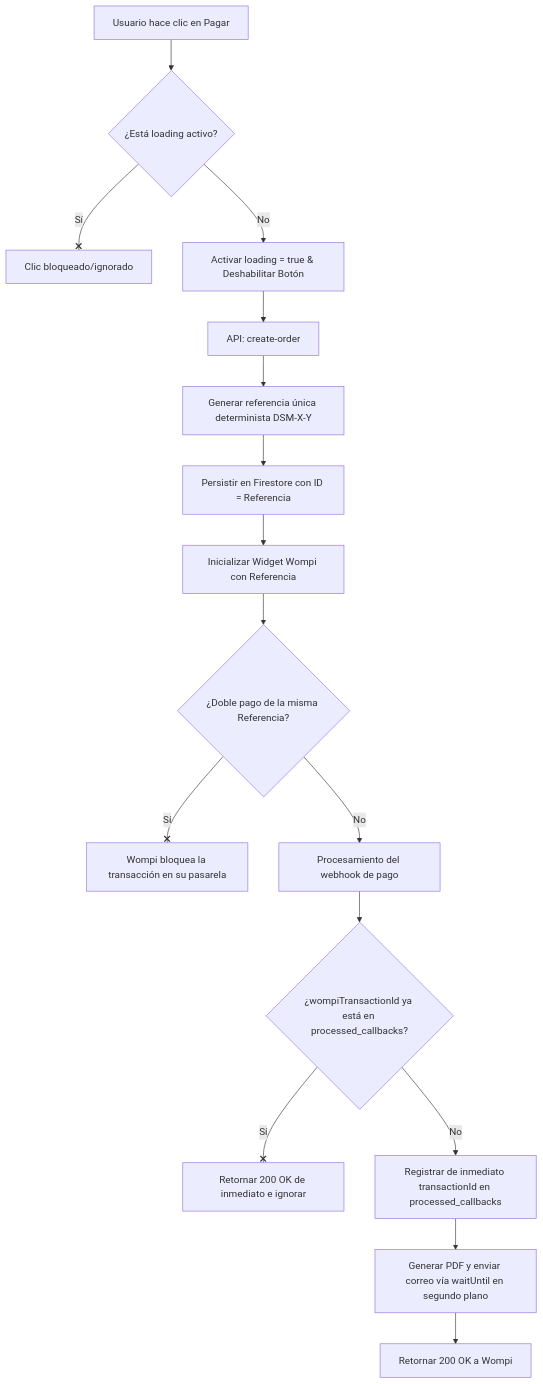
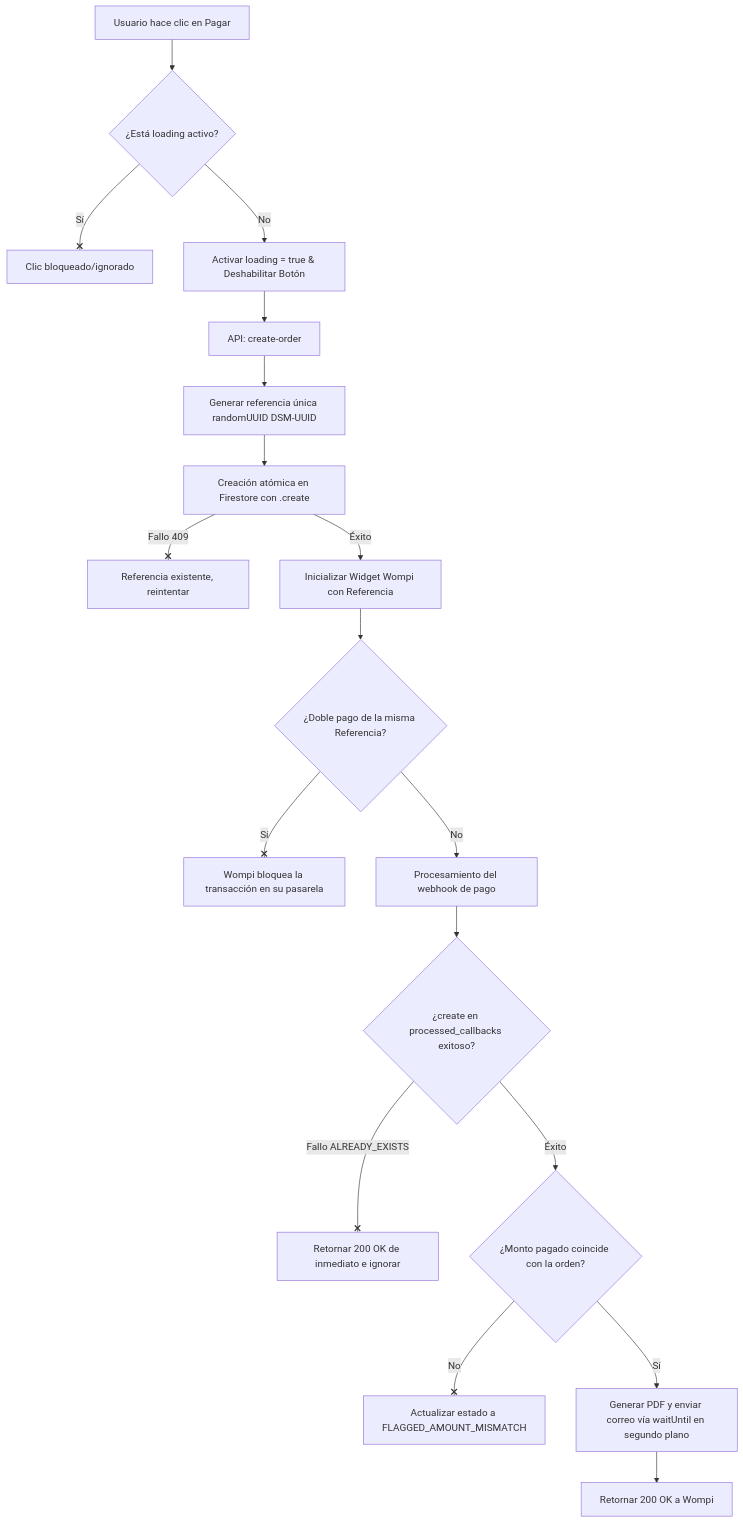
One commit to sthanfv/Desmulta changed the diagram in docs/IDEMPOTENCIA_SEGURIDAD.md. Above: the diagram before and after it, drawn with Mermaid. The commit also changed other lines of this file, not shown here.

Commit message:
documentacion: actualizar IDEMPOTENCIA_SEGURIDAD con paridad de randomUUID y create

````diff
--- a/docs/IDEMPOTENCIA_SEGURIDAD.md
+++ b/docs/IDEMPOTENCIA_SEGURIDAD.md
@@ -94,18 +117,20 @@
 ```mermaid
 graph TD
     A[Usuario hace clic en Pagar] --> B{¿Está loading activo?}
     B -- Sí --x C[Clic bloqueado/ignorado]
     B -- No --> D[Activar loading = true & Deshabilitar Botón]
     D --> E[API: create-order]
-    E --> F[Generar referencia única determinista DSM-X-Y]
-    F --> G[Persistir en Firestore con ID = Referencia]
-    G --> H[Inicializar Widget Wompi con Referencia]
-    H --> I{¿Doble pago de la misma Referencia?}
-    I -- Sí --x J[Wompi bloquea la transacción en su pasarela]
-    I -- No --> K[Procesamiento del webhook de pago]
-    K --> L{¿wompiTransactionId ya está en processed_callbacks?}
-    L -- Sí --x M[Retornar 200 OK de inmediato e ignorar]
-    L -- No --> N[Registrar de inmediato transactionId en processed_callbacks]
-    N --> O[Generar PDF y enviar correo vía waitUntil en segundo plano]
-    O --> P[Retornar 200 OK a Wompi]
+    E --> F[Generar referencia única randomUUID DSM-UUID]
+    F --> G[Creación atómica en Firestore con .create]
+    G -- Fallo 409 --x H[Referencia existente, reintentar]
+    G -- Éxito --> I[Inicializar Widget Wompi con Referencia]
+    I --> J{¿Doble pago de la misma Referencia?}
+    J -- Sí --x K[Wompi bloquea la transacción en su pasarela]
+    J -- No --> L[Procesamiento del webhook de pago]
+    L --> M{¿create en processed_callbacks exitoso?}
+    M -- Fallo ALREADY_EXISTS --x N[Retornar 200 OK de inmediato e ignorar]
+    M -- Éxito --> O{¿Monto pagado coincide con la orden?}
+    O -- No --x P[Actualizar estado a FLAGGED_AMOUNT_MISMATCH]
+    O -- Sí --> Q[Generar PDF y enviar correo vía waitUntil en segundo plano]
+    Q --> R[Retornar 200 OK a Wompi]
 ```
````
